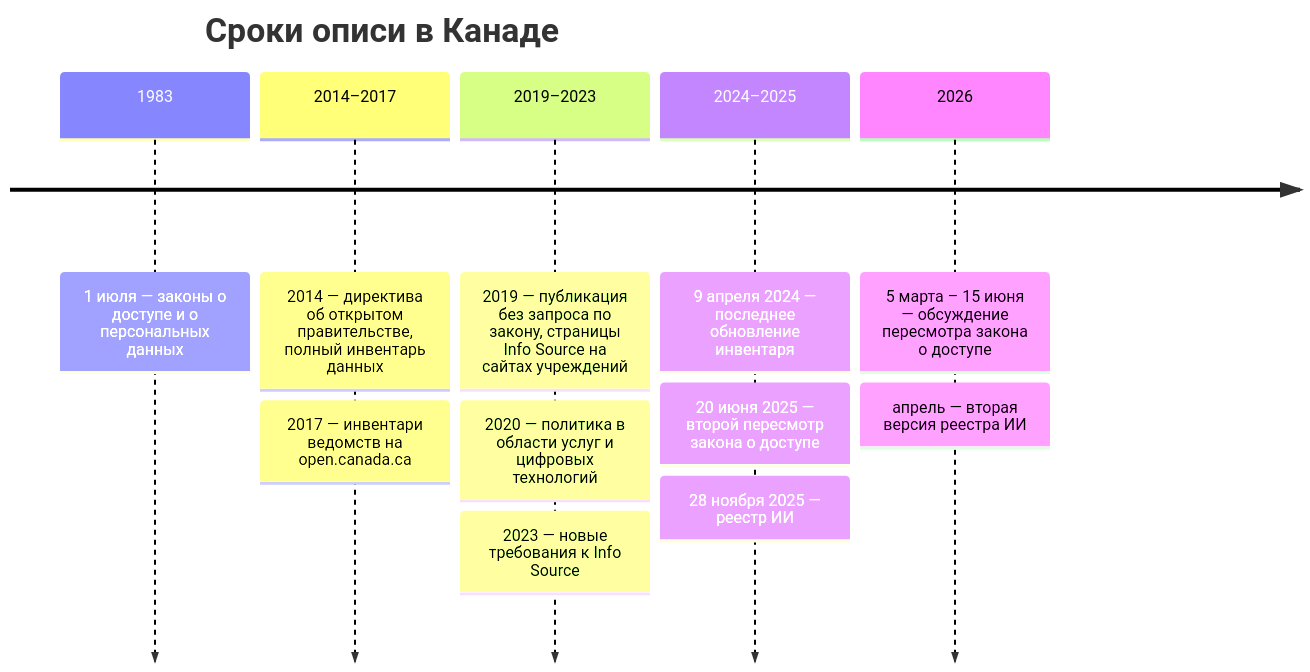
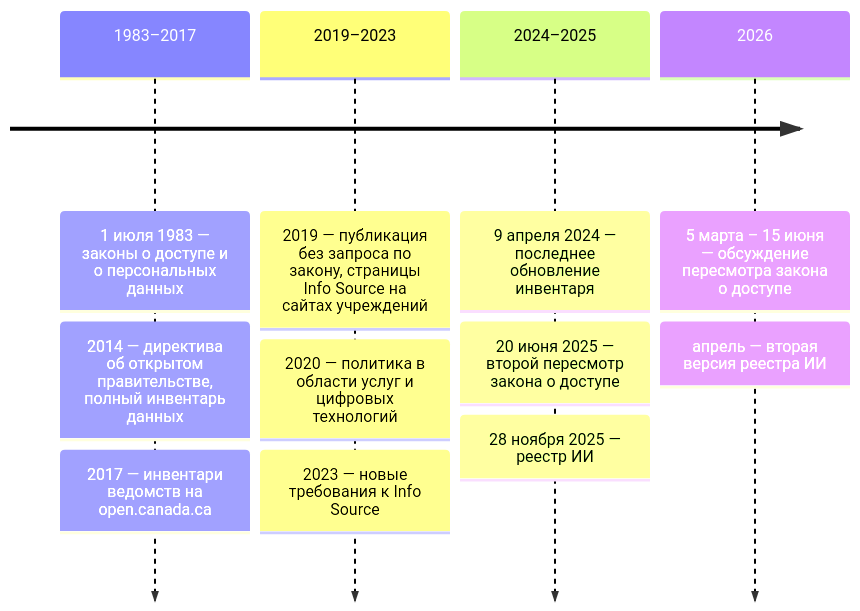
The second of 2 diagrams in docs/07-countries/09-canada.md (ivbeg/data-inventory), drawn with Mermaid before and after one commit. The commit also changed other lines of this file and 34 other files, not shown here.

First line of the commit message:
Читаемая карта от продукта и единый размер схем в PDF

````diff
--- a/docs/07-countries/09-canada.md
+++ b/docs/07-countries/09-canada.md
@@ -52,9 +52,13 @@
 ```mermaid
+---
+config:
+  timeline:
+    leftMargin: 0
+    padding: 10
+---
 timeline
-  title Сроки описи в Канаде
-  1983 : 1 июля — законы о доступе и о персональных данных
-  2014–2017 : 2014 — директива об открытом правительстве, полный инвентарь данных : 2017 — инвентари ведомств на open.canada.ca
+  1983–2017 : 1 июля 1983 — законы о доступе и о персональных данных : 2014 — директива об открытом правительстве, полный инвентарь данных : 2017 — инвентари ведомств на open.canada.ca
   2019–2023 : 2019 — публикация без запроса по закону, страницы Info Source на сайтах учреждений : 2020 — политика в области услуг и цифровых технологий : 2023 — новые требования к Info Source
   2024–2025 : 9 апреля 2024 — последнее обновление инвентаря : 20 июня 2025 — второй пересмотр закона о доступе : 28 ноября 2025 — реестр ИИ
   2026 : 5 марта – 15 июня — обсуждение пересмотра закона о доступе : апрель — вторая версия реестра ИИ
 ```
````
